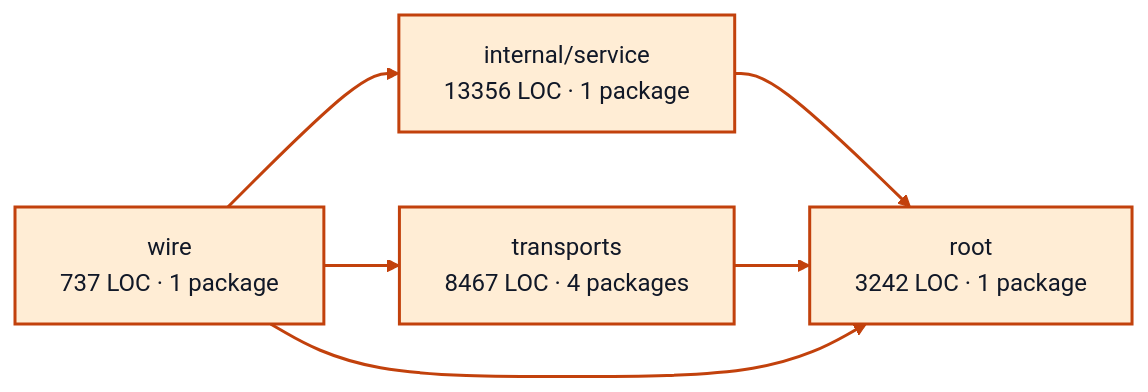
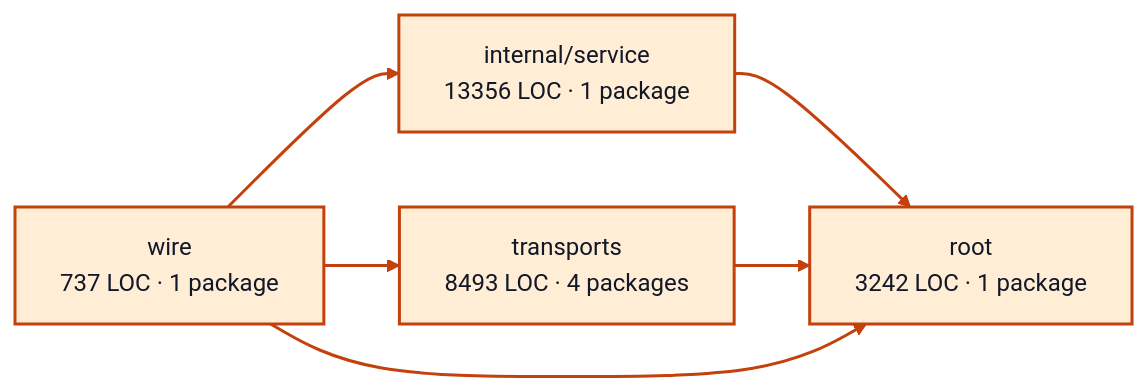
Before and after one commit to portpowered/you-agent-factory: the diagram in docs/architecture/visualizations/services/worker_sessions.md, drawn with Mermaid. The commit also changed other lines of this file and 20 other files, not shown here.

Commit message:
docs: refresh backend architecture visualizations

````diff
--- a/docs/architecture/visualizations/services/worker_sessions.md
+++ b/docs/architecture/visualizations/services/worker_sessions.md
@@ -11,17 +11,17 @@
 ```mermaid
 flowchart LR
   p0["internal/service<br/>13356 LOC · 1 package"]
   p1["root<br/>3242 LOC · 1 package"]
-  p2["transports<br/>8467 LOC · 4 packages"]
+  p2["transports<br/>8493 LOC · 4 packages"]
   p3["wire<br/>737 LOC · 1 package"]
   p0 --> p1
   p2 --> p1
   p3 --> p0
   p3 --> p1
   p3 --> p2
   style p0 fill:#ffedd5,stroke:#c2410c,stroke-width:2px,color:#111827
   style p1 fill:#ffedd5,stroke:#c2410c,stroke-width:2px,color:#111827
   style p2 fill:#ffedd5,stroke:#c2410c,stroke-width:2px,color:#111827
   style p3 fill:#ffedd5,stroke:#c2410c,stroke-width:2px,color:#111827
   linkStyle default stroke:#c2410c,stroke-width:2px
 ```
````
